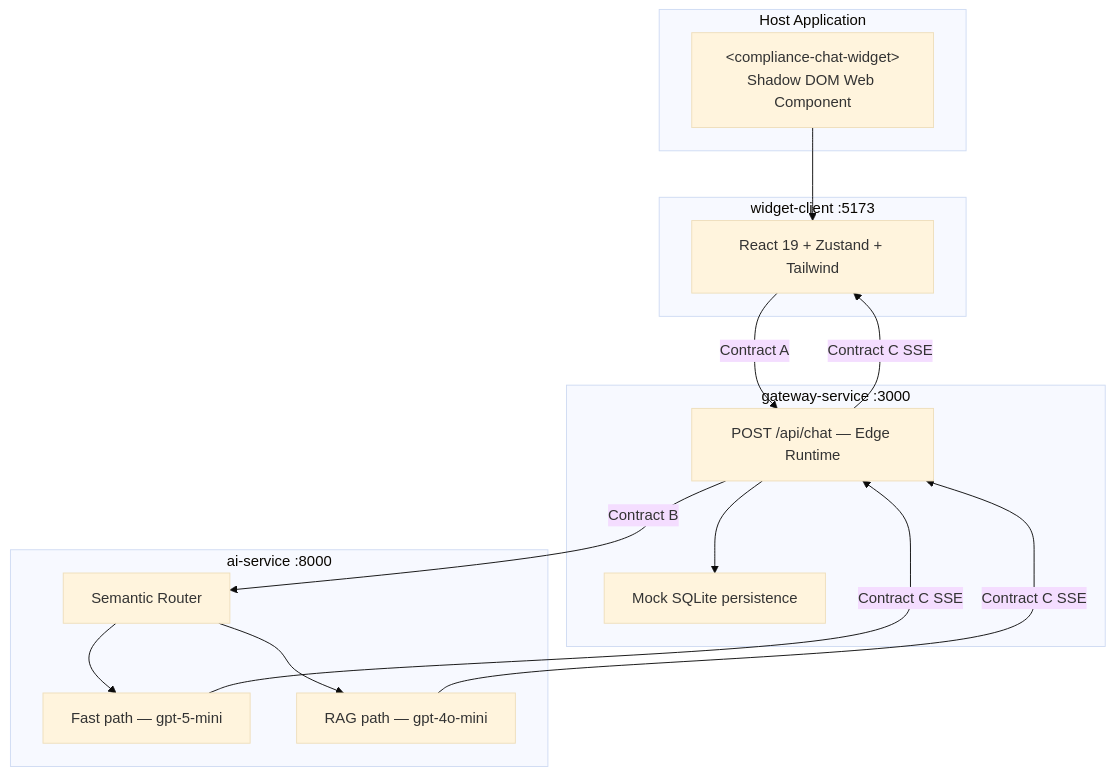
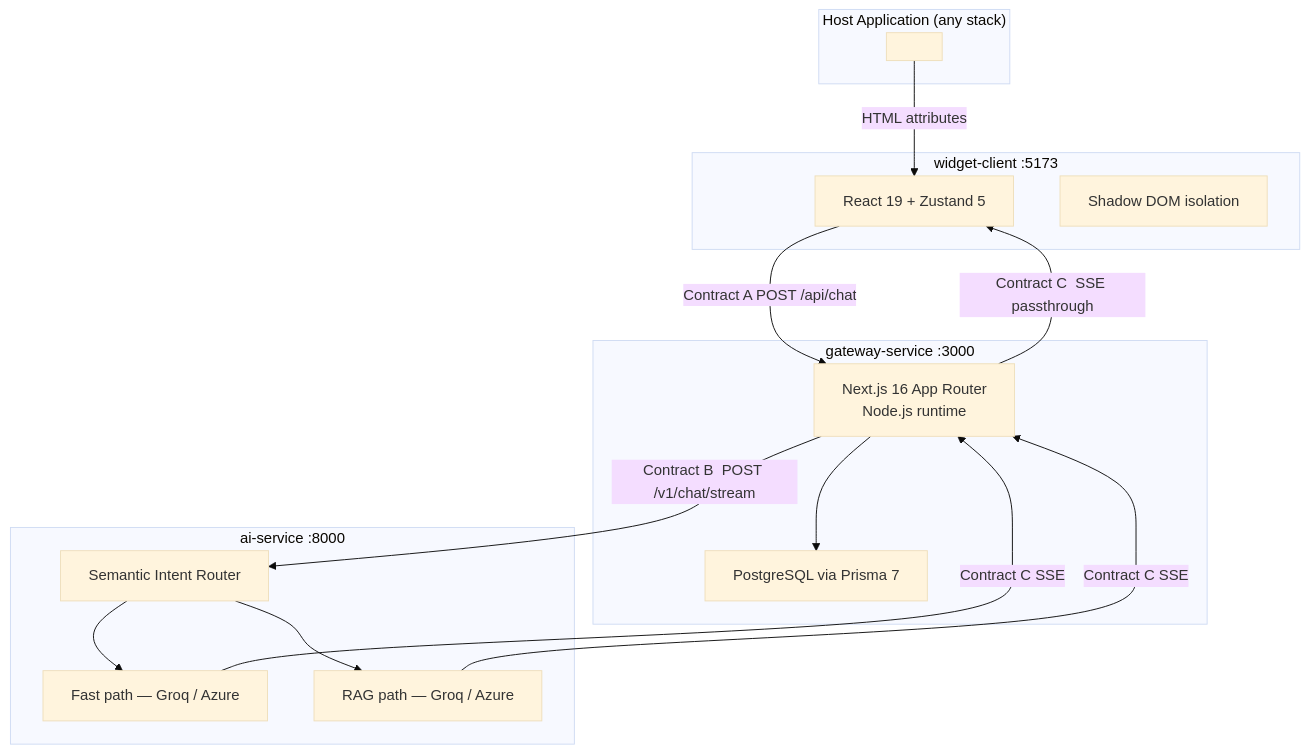
The diagram in README.md (Manavagarwal2703/compliance-overlay), drawn with Mermaid (base theme) before and after one commit. The commit also changed other lines of this file and 16 other files, not shown here.

Commit message:
feat: full end-to-end integration verified (UI -> Postgres -> Semantic Router -> Groq)

````diff
--- a/README.md
+++ b/README.md
@@ -7,31 +23,32 @@
 ```mermaid
 flowchart TB
-  subgraph host["Host Application"]
-    WC["&lt;compliance-chat-widget&gt;<br/>Shadow DOM Web Component"]
+  subgraph host["Host Application (any stack)"]
+    WC["<compliance-chat-overlay\nuser-role='reviewer'\nuser-id='usr_123'>"]
   end
 
-  subgraph widget["widget-client :5173"]
-    UI["React 19 + Zustand + Tailwind"]
+  subgraph widget["widget-client  :5173"]
+    UI["React 19 + Zustand 5"]
+    SHADOW["Shadow DOM isolation"]
   end
 
-  subgraph gateway["gateway-service :3000"]
-    API["POST /api/chat — Edge Runtime"]
-    DB["Mock SQLite persistence"]
+  subgraph gateway["gateway-service  :3000"]
+    API["Next.js 16 App Router\nNode.js runtime"]
+    DB["PostgreSQL via Prisma 7"]
   end
 
-  subgraph ai["ai-service :8000"]
-    ROUTER["Semantic Router"]
-    FAST["Fast path — gpt-5-mini"]
-    RAG["RAG path — gpt-4o-mini"]
+  subgraph ai["ai-service  :8000"]
+    ROUTER["Semantic Intent Router"]
+    FAST["Fast path — Groq / Azure"]
+    RAG["RAG path — Groq / Azure"]
   end
 
-  WC --> UI
-  UI -->|"Contract A"| API
+  WC -->|"HTML attributes"| UI
+  UI -->|"Contract A  POST /api/chat"| API
   API --> DB
-  API -->|"Contract B"| ROUTER
+  API -->|"Contract B  POST /v1/chat/stream"| ROUTER
   ROUTER --> FAST
   ROUTER --> RAG
-  FAST -->|"Contract C SSE"| API
-  RAG -->|"Contract C SSE"| API
-  API -->|"Contract C SSE"| UI
+  FAST -->|"Contract C  SSE"| API
+  RAG -->|"Contract C  SSE"| API
+  API -->|"Contract C  SSE passthrough"| UI
 ```
````
